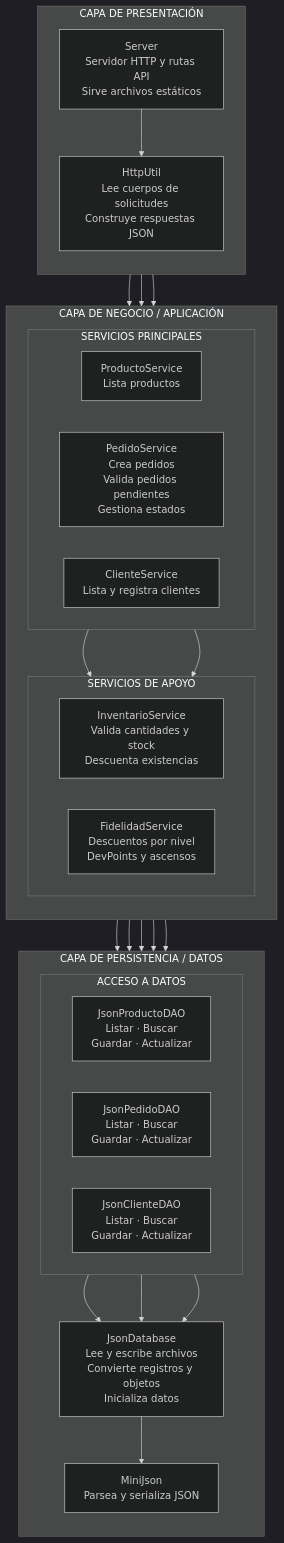
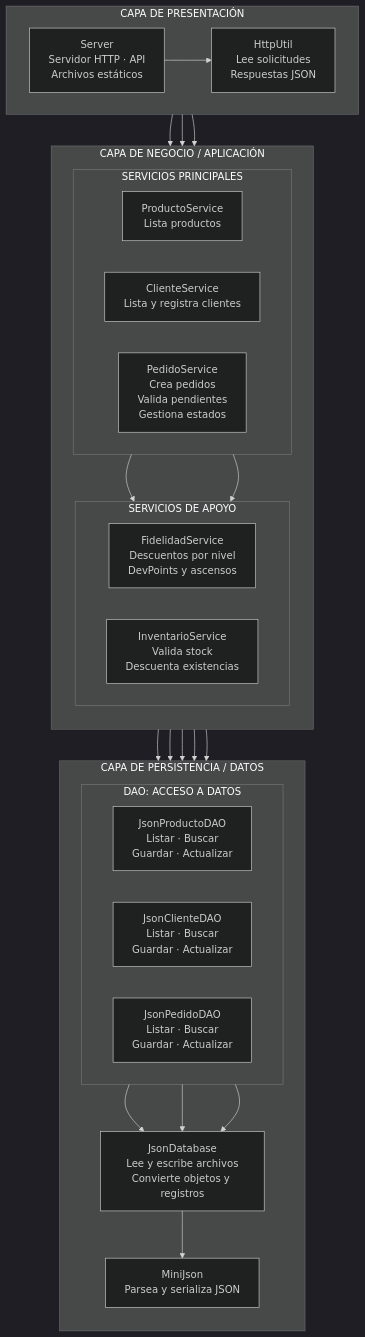
The diagram in docs/diagramas-c4/c3-componentes.mmd (alejoms13/Taller-Modelo-N-Tier), drawn with Mermaid (dark theme) before and after one commit.

```diff
--- a/docs/diagramas-c4/c3-componentes.mmd
+++ b/docs/diagramas-c4/c3-componentes.mmd
@@ -1,58 +1,58 @@
 
 flowchart TB
 
     subgraph P["CAPA DE PRESENTACIÓN"]
-        direction TB
-        Server["Server<br/>Servidor HTTP y rutas API<br/>Sirve archivos estáticos"]
-        HU["HttpUtil<br/>Lee cuerpos de solicitudes<br/>Construye respuestas JSON"]
+        direction LR
+        Server["Server<br/>Servidor HTTP · API<br/>Archivos estáticos"]
+        HU["HttpUtil<br/>Lee solicitudes<br/>Respuestas JSON"]
         Server --> HU
     end
 
     subgraph N["CAPA DE NEGOCIO / APLICACIÓN"]
         direction TB
 
-        subgraph NS["SERVICIOS PRINCIPALES"]
+        subgraph N1["SERVICIOS PRINCIPALES"]
             direction LR
             PS["ProductoService<br/>Lista productos"]
-            OS["PedidoService<br/>Crea pedidos<br/>Valida pedidos pendientes<br/>Gestiona estados"]
             CS["ClienteService<br/>Lista y registra clientes"]
+            OS["PedidoService<br/>Crea pedidos<br/>Valida pendientes<br/>Gestiona estados"]
         end
 
-        subgraph NR["SERVICIOS DE APOYO"]
+        subgraph N2["SERVICIOS DE APOYO"]
             direction LR
-            IS["InventarioService<br/>Valida cantidades y stock<br/>Descuenta existencias"]
             FS["FidelidadService<br/>Descuentos por nivel<br/>DevPoints y ascensos"]
+            IS["InventarioService<br/>Valida stock<br/>Descuenta existencias"]
         end
 
+        OS --> FS
         OS --> IS
-        OS --> FS
     end
 
     subgraph D["CAPA DE PERSISTENCIA / DATOS"]
         direction TB
 
-        subgraph DAOS["ACCESO A DATOS"]
+        subgraph D1["DAO: ACCESO A DATOS"]
             direction LR
             PDA["JsonProductoDAO<br/>Listar · Buscar<br/>Guardar · Actualizar"]
+            CDA["JsonClienteDAO<br/>Listar · Buscar<br/>Guardar · Actualizar"]
             ODA["JsonPedidoDAO<br/>Listar · Buscar<br/>Guardar · Actualizar"]
-            CDA["JsonClienteDAO<br/>Listar · Buscar<br/>Guardar · Actualizar"]
         end
 
-        DB["JsonDatabase<br/>Lee y escribe archivos<br/>Convierte registros y objetos<br/>Inicializa datos"]
+        DB["JsonDatabase<br/>Lee y escribe archivos<br/>Convierte objetos y registros"]
         MJ["MiniJson<br/>Parsea y serializa JSON"]
 
         PDA --> DB
+        CDA --> DB
         ODA --> DB
-        CDA --> DB
         DB --> MJ
     end
 
     Server --> PS
+    Server --> CS
     Server --> OS
-    Server --> CS
 
     PS --> PDA
+    CS --> CDA
     OS --> PDA
+    OS --> CDA
     OS --> ODA
-    OS --> CDA
-    CS --> CDA
```
